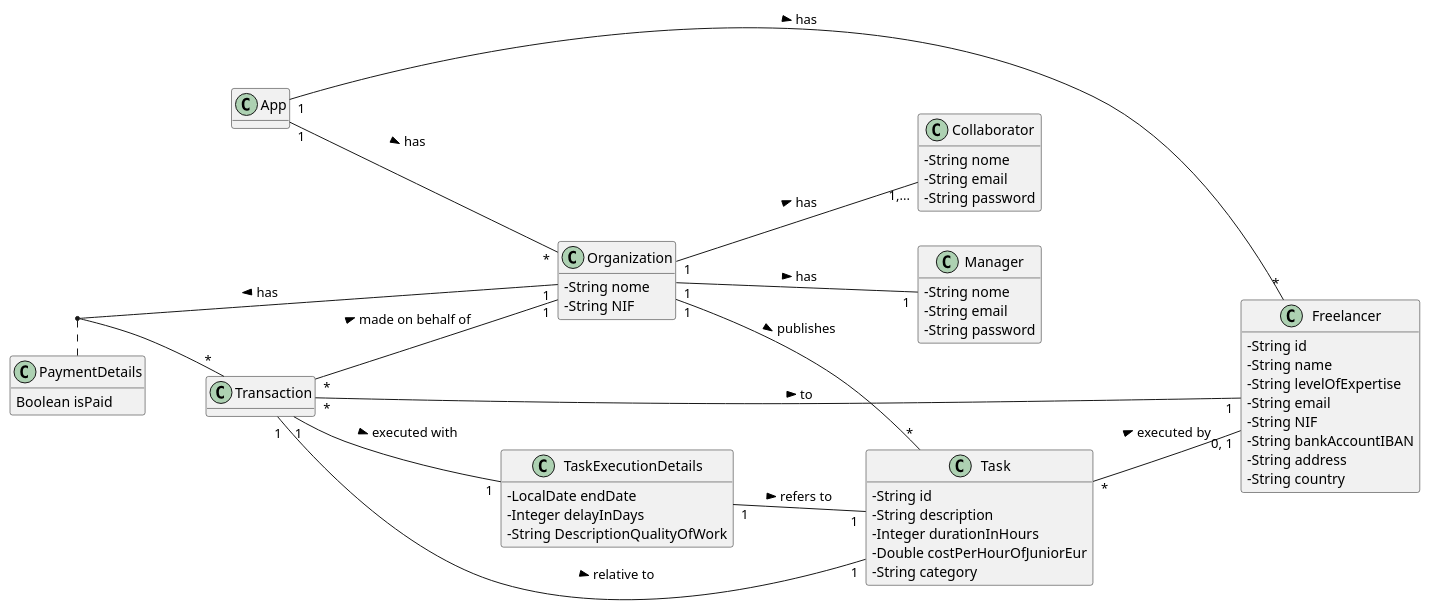
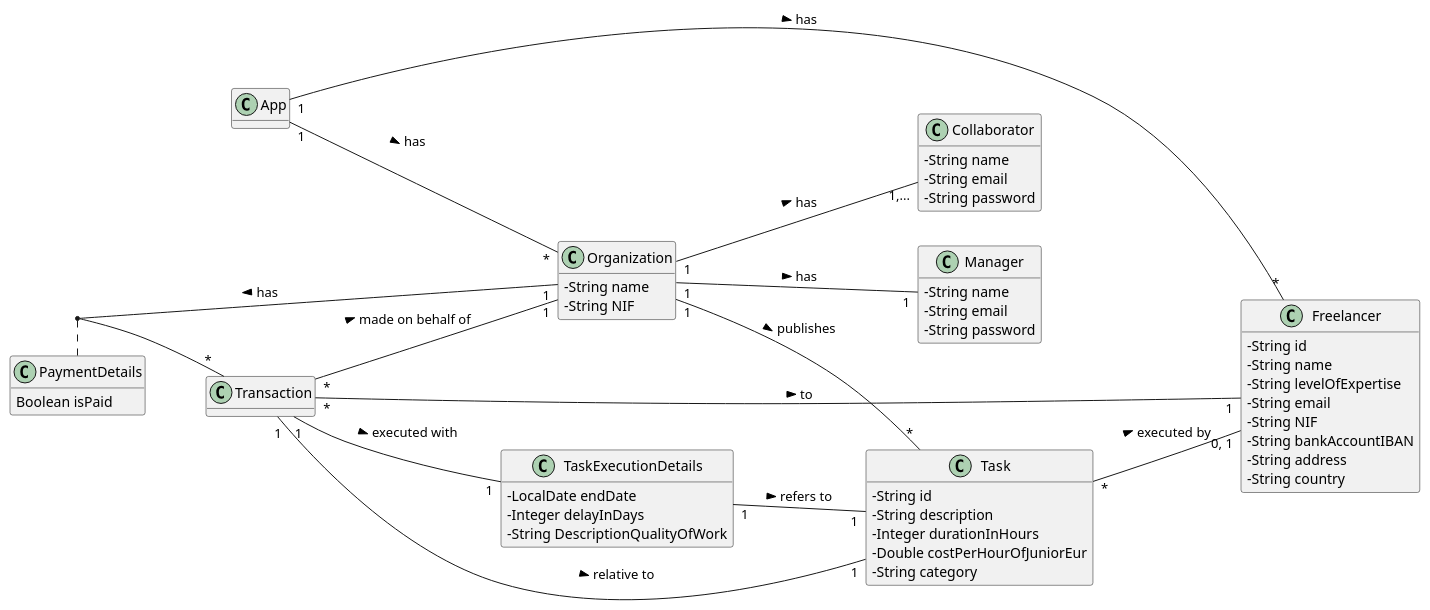
The diagram in docs/UC_07/UC07_MD.puml (botelho-io/lapr2-2020-g029), drawn with PlantUML before and after one commit. The commit also changed 38 other files, not shown here.

Commit message:
nome -> name [documentation]

```diff
--- a/docs/UC_07/UC07_MD.puml
+++ b/docs/UC_07/UC07_MD.puml
@@ -1,70 +1,70 @@
 @startuml MD
 skinparam classAttributeIconSize 0
 hide methods
 left to right direction
 class App {
 }
 
 class Organization {
-        - String nome
+        - String name
         - String NIF
 }
 
 class Collaborator {
-        - String nome
+        - String name
         - String email
         - String password
 }
 
 class Manager {
-        - String nome
+        - String name
         - String email
         - String password
 }
 
 class Transaction {
 }
 
 class Task {
         - String id
         - String description
         - Integer durationInHours
         - Double costPerHourOfJuniorEur
         - String category
 }
 
 class TaskExecutionDetails {
         - LocalDate endDate
         - Integer delayInDays
         - String DescriptionQualityOfWork
 }
 
 class Freelancer {
         - String id
         - String name
         - String levelOfExpertise
         - String email
         - String NIF
         - String bankAccountIBAN
         - String address
         - String country
 }
 
 class PaymentDetails {
         Boolean isPaid
 }
 
 Transaction                  "1" -- "1"      Task                      : relative to >
 Transaction                  "*" -- "1"      Freelancer                : to >
 Transaction                  "*" -- "1"      Organization              : made on behalf of >
 Transaction                  "1" -- "1"      TaskExecutionDetails      : executed with >
 TaskExecutionDetails         "1" -- "1"      Task                      : refers to >
 Organization                 "1" -- "*"      Task                      : publishes >
 Organization                 "1" -- "*"      Transaction               : has >
 Task                         "*" -- "0, 1"   Freelancer                : executed by >
 App                          "1" -- "*"      Organization              : has >
 App                          "1" -- "*"      Freelancer                : has >
 Organization                 "1" -- "1,..."  Collaborator               : has >
 Organization                 "1" -- "1"      Manager                   : has >
 (Organization, Transaction)      ..          PaymentDetails
 @enduml
```
